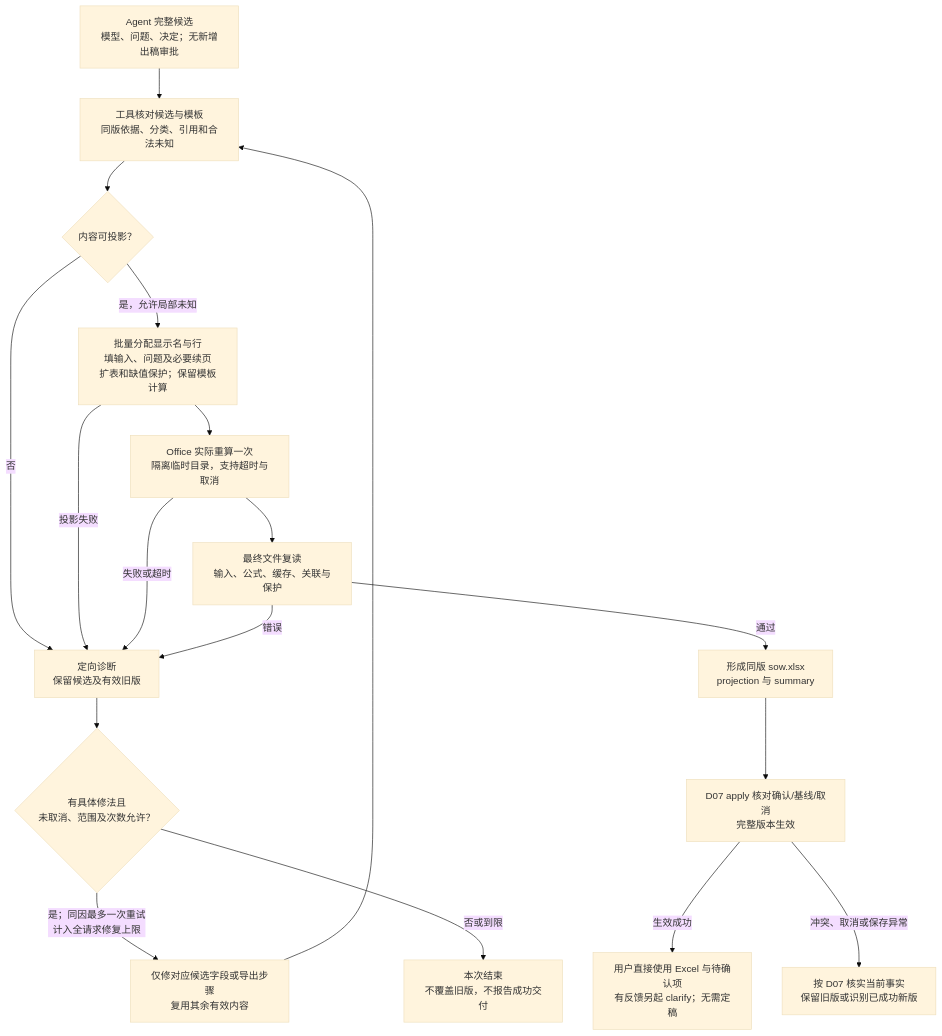
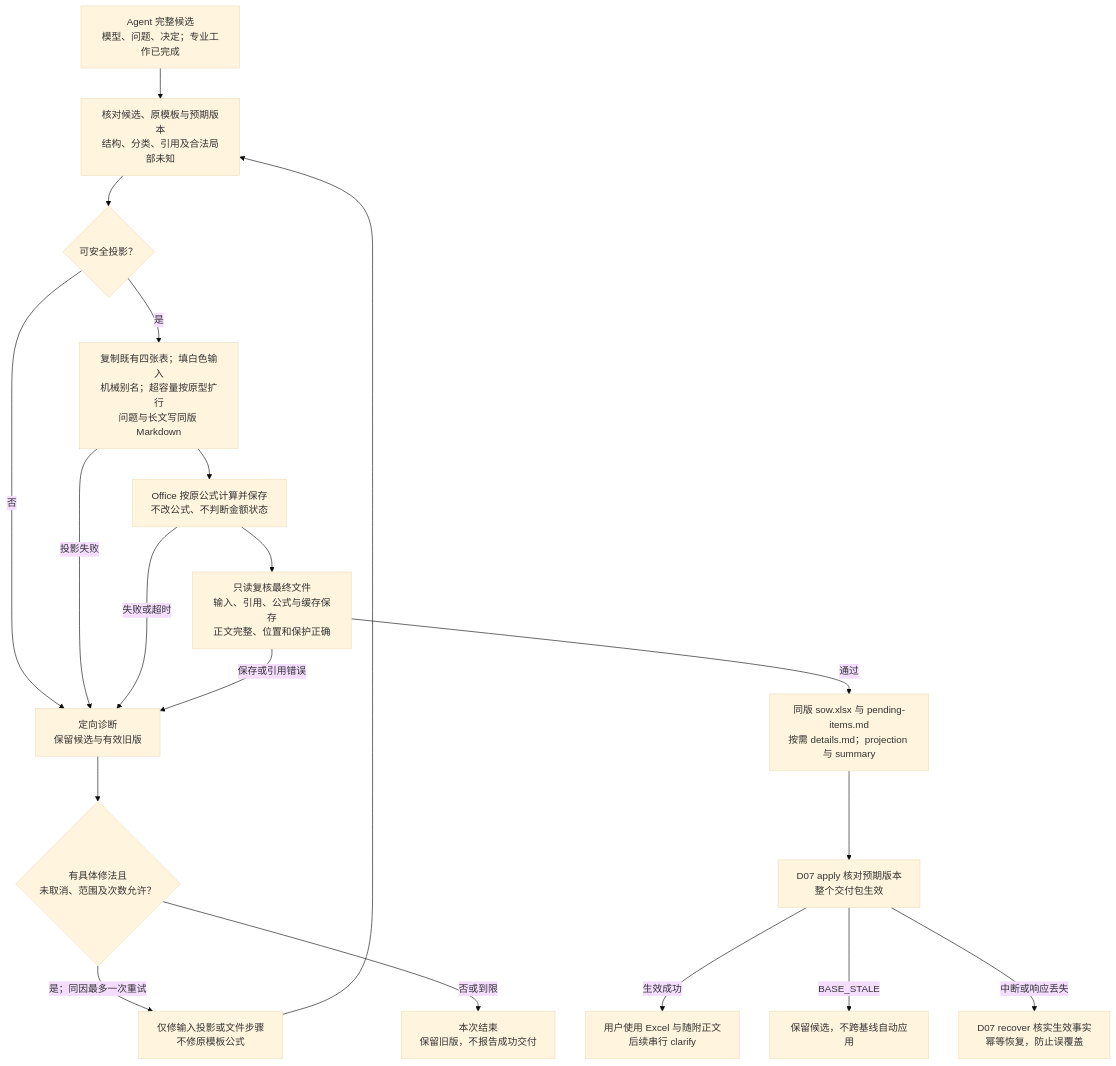
Before and after one commit to InspireChina/ai-plugin-marketplace: the diagram in plugins/ai-sow-lite/docs/design/detailed/D06-excel-projection-and-delivery.md, drawn with Mermaid (base theme). The commit also changed other lines of this file and 41 other files, not shown here.

````diff
--- a/plugins/ai-sow-lite/docs/design/detailed/D06-excel-projection-and-delivery.md
+++ b/plugins/ai-sow-lite/docs/design/detailed/D06-excel-projection-and-delivery.md
@@ -231,20 +186,21 @@
 ```mermaid
 flowchart TD
-    A["Agent 完整候选<br/>模型、问题、决定；无新增出稿审批"] --> B["工具核对候选与模板<br/>同版依据、分类、引用和合法未知"]
-    B --> C{"内容可投影？"}
-    C -->|否| F["定向诊断<br/>保留候选及有效旧版"]
-    C -->|是，允许局部未知| D["批量分配显示名与行<br/>填输入、问题及必要续页<br/>扩表和缺值保护；保留模板计算"]
-    D --> O["Office 实际重算一次<br/>隔离临时目录，支持超时与取消"]
-    O --> V["最终文件复读<br/>输入、公式、缓存、关联与保护"]
+    A["Agent 完整候选<br/>模型、问题、决定；专业工作已完成"] --> B["核对候选、原模板与预期版本<br/>结构、分类、引用及合法局部未知"]
+    B --> C{"可安全投影？"}
+    C -->|否| F["定向诊断<br/>保留候选与有效旧版"]
+    C -->|是| D["复制既有四张表；填白色输入<br/>机械别名；超容量按原型扩行<br/>问题与长文写同版 Markdown"]
+    D --> O["Office 按原公式计算并保存<br/>不改公式、不判断金额状态"]
+    O --> V["只读复核最终文件<br/>输入、引用、公式与缓存保存<br/>正文完整、位置和保护正确"]
     D -->|投影失败| F
     O -->|失败或超时| F
-    V -->|错误| F
+    V -->|保存或引用错误| F
     F --> R{"有具体修法且<br/>未取消、范围及次数允许？"}
-    R -->|是；同因最多一次重试<br/>计入全请求修复上限| Q["仅修对应候选字段或导出步骤<br/>复用其余有效内容"]
+    R -->|是；同因最多一次重试| Q["仅修输入投影或文件步骤<br/>不修原模板公式"]
     Q --> B
-    R -->|否或到限| E["本次结束<br/>不覆盖旧版，不报告成功交付"]
-    V -->|通过| P["形成同版 sow.xlsx<br/>projection 与 summary"]
-    P --> S["D07 apply 核对确认/基线/取消<br/>完整版本生效"]
-    S -->|生效成功| U["用户直接使用 Excel 与待确认项<br/>有反馈另起 clarify；无需定稿"]
-    S -->|冲突、取消或保存异常| K["按 D07 核实当前事实<br/>保留旧版或识别已成功新版"]
+    R -->|否或到限| E["本次结束<br/>保留旧版，不报告成功交付"]
+    V -->|通过| P["同版 sow.xlsx 与 pending-items.md<br/>按需 details.md；projection 与 summary"]
+    P --> S["D07 apply 核对预期版本<br/>整个交付包生效"]
+    S -->|生效成功| U["用户使用 Excel 与随附正文<br/>后续串行 clarify"]
+    S -->|BASE_STALE| K["保留候选，不跨基线自动应用"]
+    S -->|中断或响应丢失| H["D07 recover 核实生效事实<br/>幂等恢复，防止误覆盖"]
 ```
````
